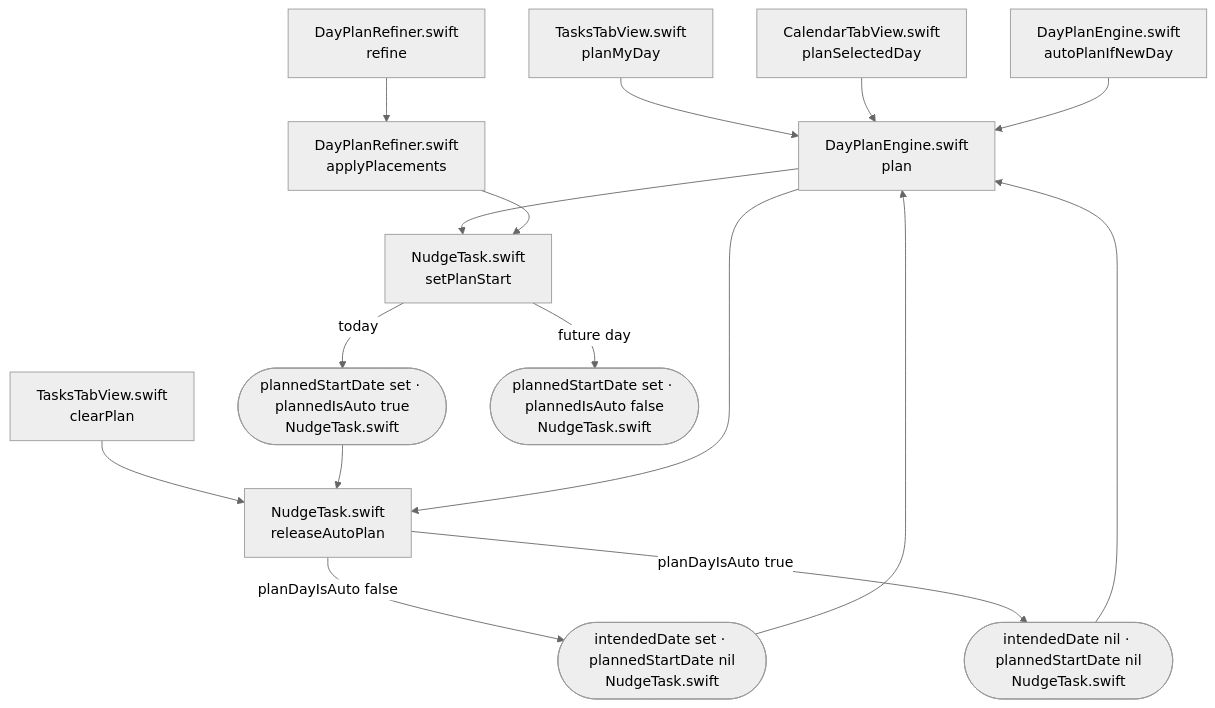
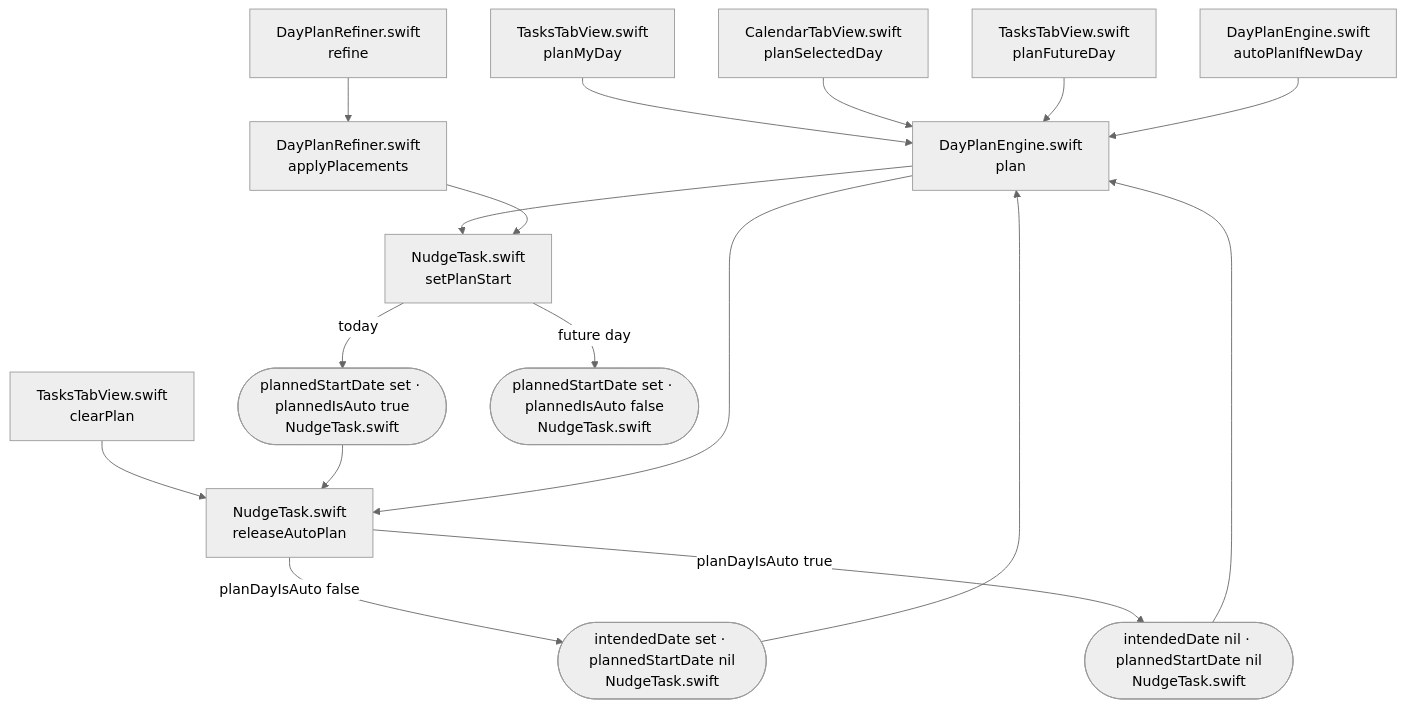
One commit to deblaseroman/nudge-app changed the diagram in docs/diagrams/task-lifecycle-planner.mmd. Above: the diagram before and after it, drawn with Mermaid (neutral theme). The commit also changed 30 other files, not shown here.

First line of the commit message:
Diagrams: fix drift-report section G and the A-21, A-36 diagram lines

```diff
--- a/docs/diagrams/task-lifecycle-planner.mmd
+++ b/docs/diagrams/task-lifecycle-planner.mmd
@@ -1,46 +1,49 @@
 %% artifact: https://claude.ai/artifact/FMdjKH28qvSS1wMijeZXLS
 %% commit ede6774 · close-up: the planners and their undo. Only two model helpers write a planner placement: setPlanStart and releaseAutoPlan. Arrows into a box with several entries are unlabeled; the cases are in the table under the picture.
 flowchart TB
   P_BTN["TasksTabView.swift<br/>planMyDay"]
   P_CAL["CalendarTabView.swift<br/>planSelectedDay"]
+  P_TMRW["TasksTabView.swift<br/>planFutureDay"]
   P_AUTO["DayPlanEngine.swift<br/>autoPlanIfNewDay"]
   P_REFINE["DayPlanRefiner.swift<br/>refine"]
   P_CLEAR["TasksTabView.swift<br/>clearPlan"]
   P_PLAN["DayPlanEngine.swift<br/>plan"]
   P_APPLY["DayPlanRefiner.swift<br/>applyPlacements"]
   H_START["NudgeTask.swift<br/>setPlanStart"]
   H_RELEASE["NudgeTask.swift<br/>releaseAutoPlan"]
   S_UNPLANNED(["intendedDate nil · plannedStartDate nil<br/>NudgeTask.swift"])
   S_DAY(["intendedDate set · plannedStartDate nil<br/>NudgeTask.swift"])
   S_AUTO(["plannedStartDate set · plannedIsAuto true<br/>NudgeTask.swift"])
   S_MANUAL(["plannedStartDate set · plannedIsAuto false<br/>NudgeTask.swift"])
 
   P_BTN --> P_PLAN
   P_CAL --> P_PLAN
+  P_TMRW --> P_PLAN
   P_AUTO --> P_PLAN
   P_REFINE --> P_APPLY
   P_CLEAR --> H_RELEASE
   S_UNPLANNED --> P_PLAN
   S_DAY --> P_PLAN
   S_AUTO --> H_RELEASE
   P_PLAN --> H_RELEASE
   P_PLAN --> H_START
   P_APPLY --> H_START
   H_START -- "today" --> S_AUTO
   H_START -- "future day" --> S_MANUAL
   H_RELEASE -- "planDayIsAuto false" --> S_DAY
   H_RELEASE -- "planDayIsAuto true" --> S_UNPLANNED
 
   click P_BTN href "https://github.com/deblaseroman/nudge-app/blob/ede6774/Nudge/Views/Tabs/TasksTabView.swift#L2093" "planMyDay: DayPlanEngine.planToday(clearAutoFirst: true), a replan. Writes PlanOutcomeContext for the message box on refusals, then reevaluates the arbiter on every outcome." _blank
+  click P_TMRW href "https://github.com/deblaseroman/nudge-app/blob/ede6774/Nudge/Views/Tabs/TasksTabView.swift#L1550" "planFutureDay: the Plan tomorrow button on the Tasks tab's Tomorrow lens (line 1520). DayPlanEngine.plan(day:) without clearing; placements are written with auto: false so that morning's run respects them." _blank
   click P_CAL href "https://github.com/deblaseroman/nudge-app/blob/ede6774/Nudge/Views/Tabs/CalendarTabView.swift#L408" "planSelectedDay: DayPlanEngine.plan(day: selectedDay) without clearing. Placements on a future day are written with auto: false so that day's morning run respects them." _blank
   click P_AUTO href "https://github.com/deblaseroman/nudge-app/blob/ede6774/Nudge/Services/DayPlanEngine.swift#L549" "autoPlanIfNewDay, from the scene-active Task in ContentView after the calendar refresh, on the first foreground of a day. Once per day (nudge.autoPlan.lastRunDay); skipped when any auto placement already sits on today. planToday(clearAutoFirst: false); a placement writes PlanOutcomeContext .planned isAuto and triggers a reevaluate." _blank
   click P_REFINE href "https://github.com/deblaseroman/nudge-app/blob/ede6774/Nudge/Services/DayPlanRefiner.swift#L49" "refine(profile:modelContext:force:), from HomeTabView.handlePlanIntent when the chat recognises a plan-my-day request. Reads today's busy intervals and the top 8 open unplaced tasks (plan tasks first, no future-intent tasks), asks Claude for placements, then applyPlacements." _blank
   click P_CLEAR href "https://github.com/deblaseroman/nudge-app/blob/ede6774/Nudge/Views/Tabs/TasksTabView.swift#L2142" "clearPlan: releaseAutoPlan on every row with plannedIsAuto and a plannedStartDate today. Manual placements untouched. Then the arbiter." _blank
   click P_PLAN href "https://github.com/deblaseroman/nudge-app/blob/ede6774/Nudge/Services/DayPlanEngine.swift#L99" "plan(day:profile:modelContext:clearAutoFirst:). Window from DayWindow (wake+30 to bed−60), scan from now on today. Replan (clearAutoFirst) releases today's auto rows first. Busy: event windows, every existing placement, one hour before each event. Candidates: open, non-event, unplaced; prep and commitment rows only on their own day; plan tasks whose day is this day (in sequenceIndex order), then tasks that belong(to: day), then the rest by Eisenhower score, excluding rows whose scheduledDay is a different future day. Bands (anytime, daytime, business hours) bound the gap search; a generated session may displace one strictly lower-stakes auto placement (releaseAutoPlan on it). setPlanStart(start, planningMinutes, auto: isToday), at most planMaxPlacementsPerRun per run." _blank
   click P_APPLY href "https://github.com/deblaseroman/nudge-app/blob/ede6774/Nudge/Services/DayPlanRefiner.swift#L175" "applyPlacements: for each returned placement whose task is open, not an event, still unplaced and whose interval sits inside a free gap handed to the model, setPlanStart(start, durationMinutes, auto: true)." _blank
   click H_START href "https://github.com/deblaseroman/nudge-app/blob/ede6774/Nudge/Models/NudgeTask.swift#L194" "setPlanStart: intendedDate = the start's day, plannedStartDate, plannedDurationMinutes, plannedIsAuto = auto; planDayIsAuto = auto when the day is new. From DayPlanEngine.plan auto is isToday; from DayPlanRefiner.applyPlacements auto is always true." _blank
   click H_RELEASE href "https://github.com/deblaseroman/nudge-app/blob/ede6774/Nudge/Models/NudgeTask.swift#L225" "releaseAutoPlan: clearPlanTime always; intendedDate cleared too only when planDayIsAuto. A day the user chose survives. Called by clearPlan (today's auto rows), by plan on a replan (today's auto rows) and on a displacement (one lower-stakes auto row)." _blank
   click S_UNPLANNED href "https://github.com/deblaseroman/nudge-app/blob/ede6774/Nudge/Models/NudgeTask.swift#L151" "Unscheduled list. A candidate for the planner on any day unless it is a generated row for another day." _blank
   click S_DAY href "https://github.com/deblaseroman/nudge-app/blob/ede6774/Nudge/Models/NudgeTask.swift#L121" "That day's lens, unplaced. A candidate for its own day's run; a future plan day keeps it out of other days' runs." _blank
   click S_AUTO href "https://github.com/deblaseroman/nudge-app/blob/ede6774/Nudge/Models/NudgeTask.swift#L403" "Today's timeline, movable. Read by releaseAutoPlan's callers as today's auto rows." _blank
   click S_MANUAL href "https://github.com/deblaseroman/nudge-app/blob/ede6774/Nudge/Models/NudgeTask.swift#L396" "That day's timeline, anchored." _blank
```
